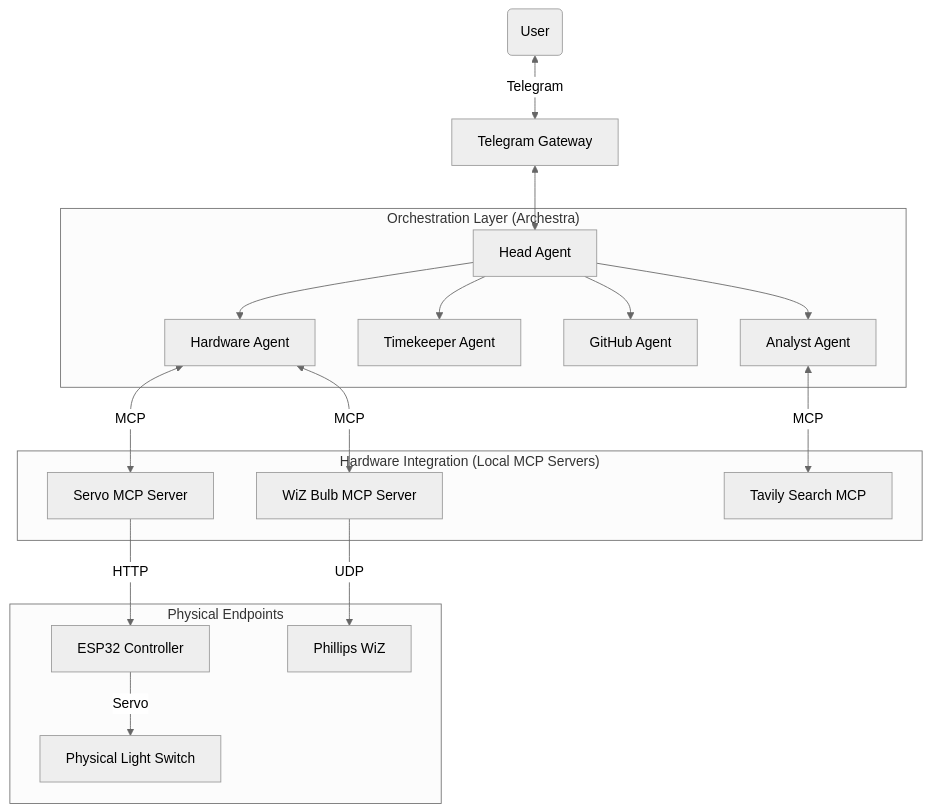
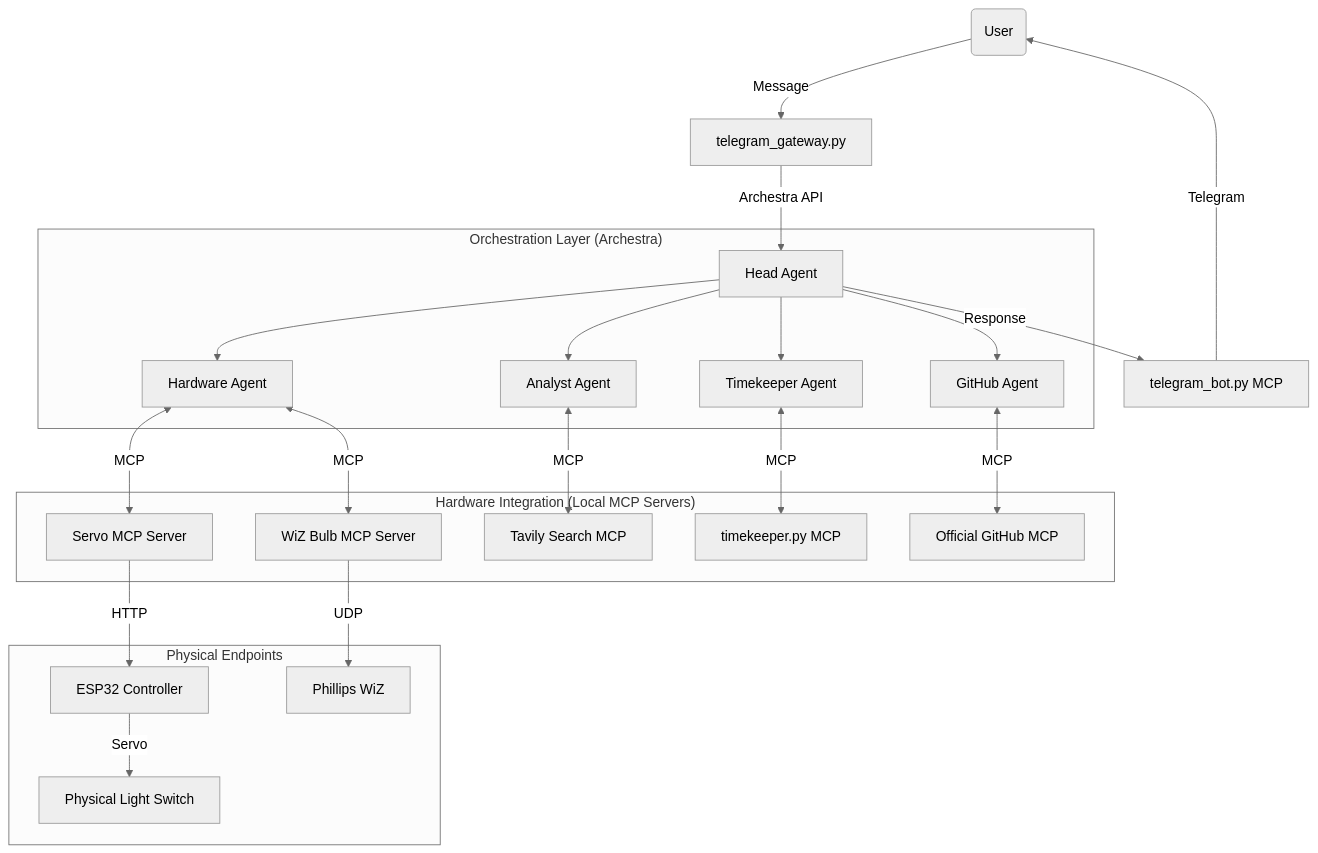
Before and after one commit to arjunmukeshh/switcheroo: the diagram in README.md, drawn with Mermaid (neutral theme). The commit also changed other lines of this file, not shown here.

Commit message:
chore: upd readme.md diagram

````diff
--- a/README.md
+++ b/README.md
@@ -17,24 +15,29 @@
 ```mermaid
 graph TD
-    User(User) <-->|Telegram| TelegramGW[Telegram Gateway]
-    TelegramGW <--> HeadAgent[Head Agent]
+    User(User) -- Message --> TG_Gate[telegram_gateway.py]
+    TG_Gate -- Archestra API --> HeadAgent[Head Agent]
     
     subgraph "Orchestration Layer (Archestra)"
         HeadAgent --> Analyst[Analyst Agent]
         HeadAgent --> Timekeeper[Timekeeper Agent]
         HeadAgent --> GitHub[GitHub Agent]
         HeadAgent --> Hardware[Hardware Agent]
     end
     
     subgraph "Hardware Integration (Local MCP Servers)"
         Hardware <-->|MCP| ServoMCP[Servo MCP Server]
         Hardware <-->|MCP| WizMCP[WiZ Bulb MCP Server]
         Analyst <-->|MCP| Tavily[Tavily Search MCP]
+        Timekeeper <-->|MCP| TK_MCP[timekeeper.py MCP]
+        GitHub <-->|MCP| GH_MCP[Official GitHub MCP]
     end
+    
+    HeadAgent -- Response --> Bot_MCP[telegram_bot.py MCP]
+    Bot_MCP -- Telegram --> User
     
     subgraph "Physical Endpoints"
         ServoMCP -->|HTTP| ESP32[ESP32 Controller]
         WizMCP -->|UDP| WizBulb[Phillips WiZ]
         ESP32 -->|Servo| WallSwitch[Physical Light Switch]
     end
 ```
````
